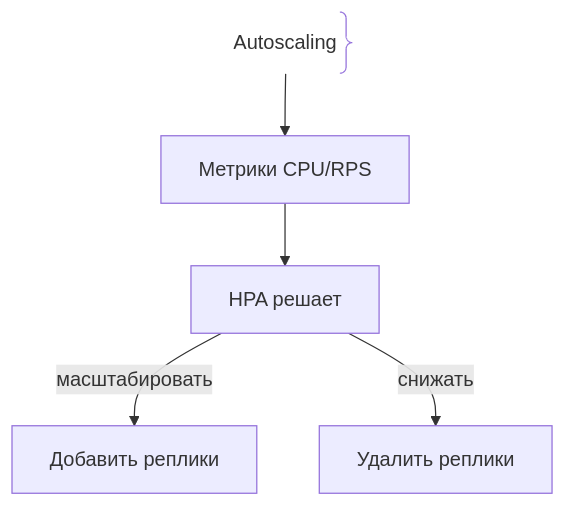
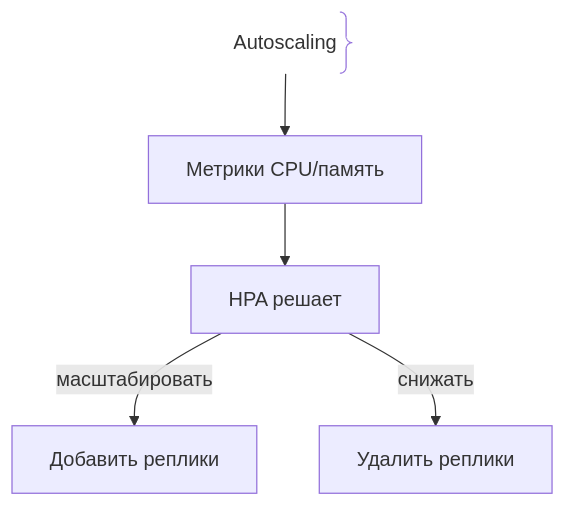
Before and after one commit to Groghrus/fullstack-core: the first of 2 diagrams in packages/content/themes/13-deploy-relizy/autoscaling.md, drawn with Mermaid. The commit also changed other lines of this file and 32 other files, not shown here.

````diff
--- a/packages/content/themes/13-deploy-relizy/autoscaling.md
+++ b/packages/content/themes/13-deploy-relizy/autoscaling.md
@@ -24,8 +24,8 @@
 ```mermaid
 flowchart TD
-    A[Нагрузка растёт] --> B[Метрики CPU/RPS]
+    A[Нагрузка растёт] --> B[Метрики CPU/память]
     B --> C[HPA решает]
     C -->|масштабировать| D[Добавить реплики]
     C -->|снижать| E[Удалить реплики]
     A@{ shape: brace-r, label: "Autoscaling" }
 ```
````
